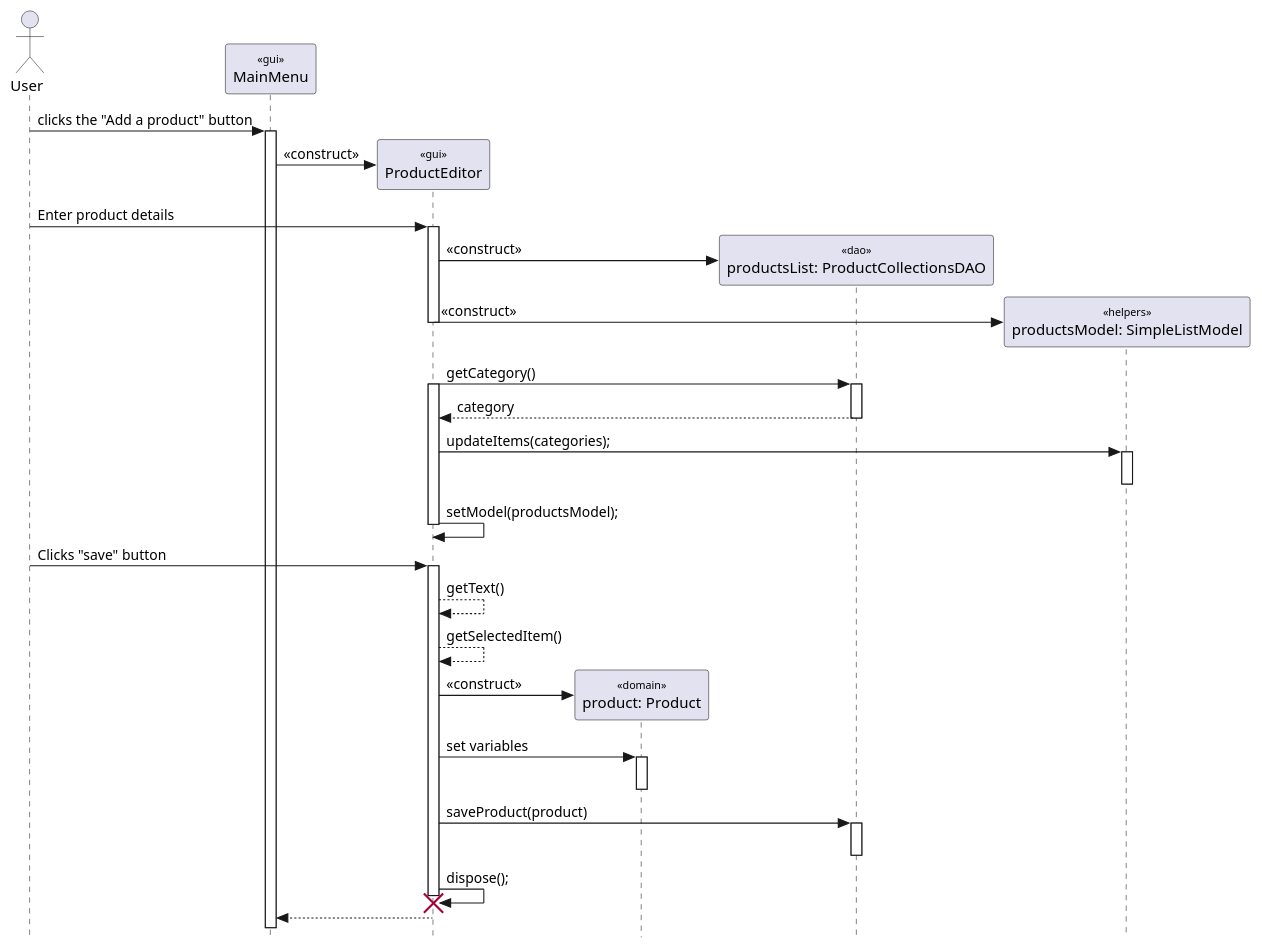
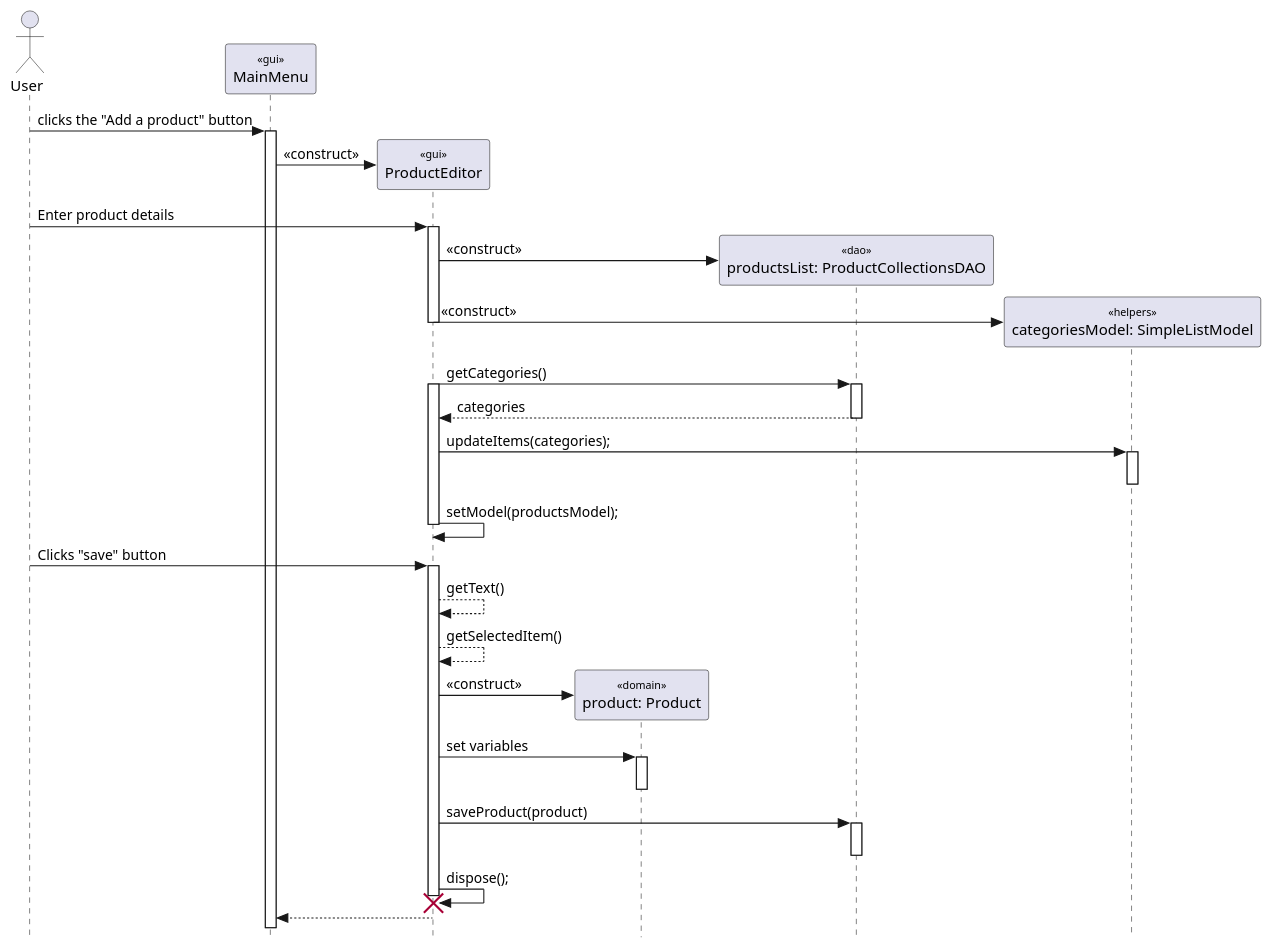
The diagram in info202_project/diagrams/AddProduct.puml (seuwand-tee/Shopping-System), drawn with PlantUML before and after one commit. The commit also changed 1 other file, not shown here.

Commit message:
UML done References #11

```diff
--- a/info202_project/diagrams/AddProduct.puml
+++ b/info202_project/diagrams/AddProduct.puml
@@ -1,56 +1,56 @@
 @startuml
 skinparam {
   Style StrictUML
   SequenceStereotype {
     Font {
       Size 10
       Style plain
     }
   }
 }
 actor "User" as user
 participant "MainMenu" as menu <<gui>>
 participant "ProductEditor" as productEditor <<gui>>
 participant "product: Product" as product <<domain>>
 participant "productsList: ProductCollectionsDAO" as ProductCollectionsDAO <<dao>>
-participant "productsModel: SimpleListModel" as SimpleListModel <<helpers>>
+participant "categoriesModel: SimpleListModel" as SimpleListModel <<helpers>>
 
 
 'create the product editor menu
 ' user clicks the view a product button
 user -> menu++ : clicks the "Add a product" button
 create productEditor
 menu -> productEditor : <<construct>>
 
 user -> productEditor++ : Enter product details
 create ProductCollectionsDAO
 productEditor -> ProductCollectionsDAO : <<construct>>
 create SimpleListModel
 productEditor -> SimpleListModel : <<construct>>
 productEditor--
 
-productEditor -> ProductCollectionsDAO++ :getCategory()
+productEditor -> ProductCollectionsDAO++ :getCategories()
 productEditor++
-ProductCollectionsDAO --> productEditor :category
+ProductCollectionsDAO --> productEditor :categories
 ProductCollectionsDAO--
 productEditor -> SimpleListModel++:updateItems(categories);
 SimpleListModel--
 productEditor -> productEditor :setModel(productsModel);
 productEditor--
 
 user -> productEditor++ : Clicks "save" button
 productEditor --> productEditor: getText()
 productEditor --> productEditor: getSelectedItem()
 create product
 productEditor -> product: <<construct>>
 'user enter variables
 productEditor -> product++ :set variables 
 product--
 
 productEditor -> ProductCollectionsDAO++ : saveProduct(product)
 ProductCollectionsDAO--
 productEditor -> productEditor :dispose();
 destroy productEditor 
 productEditor --> menu
 
 @enduml
```
